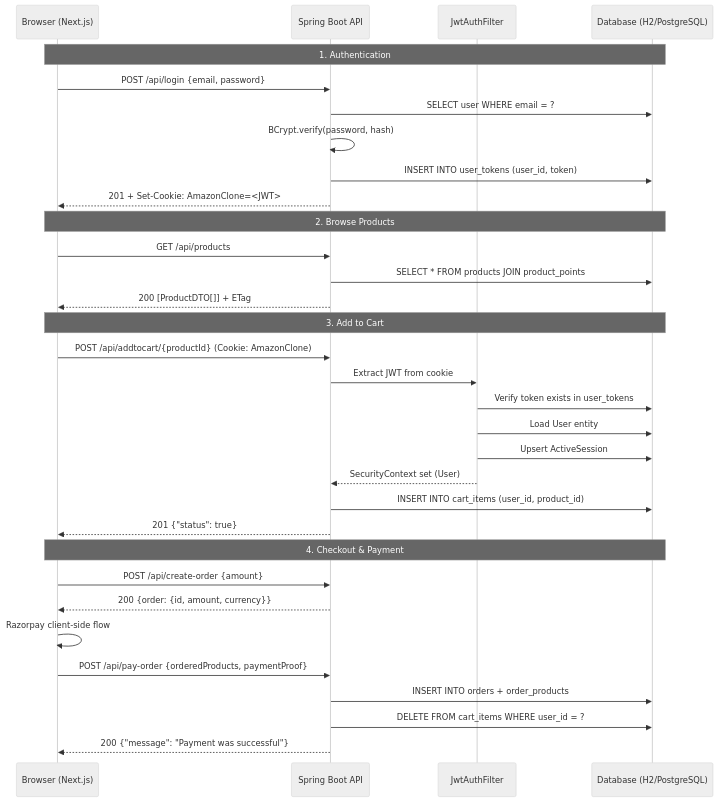
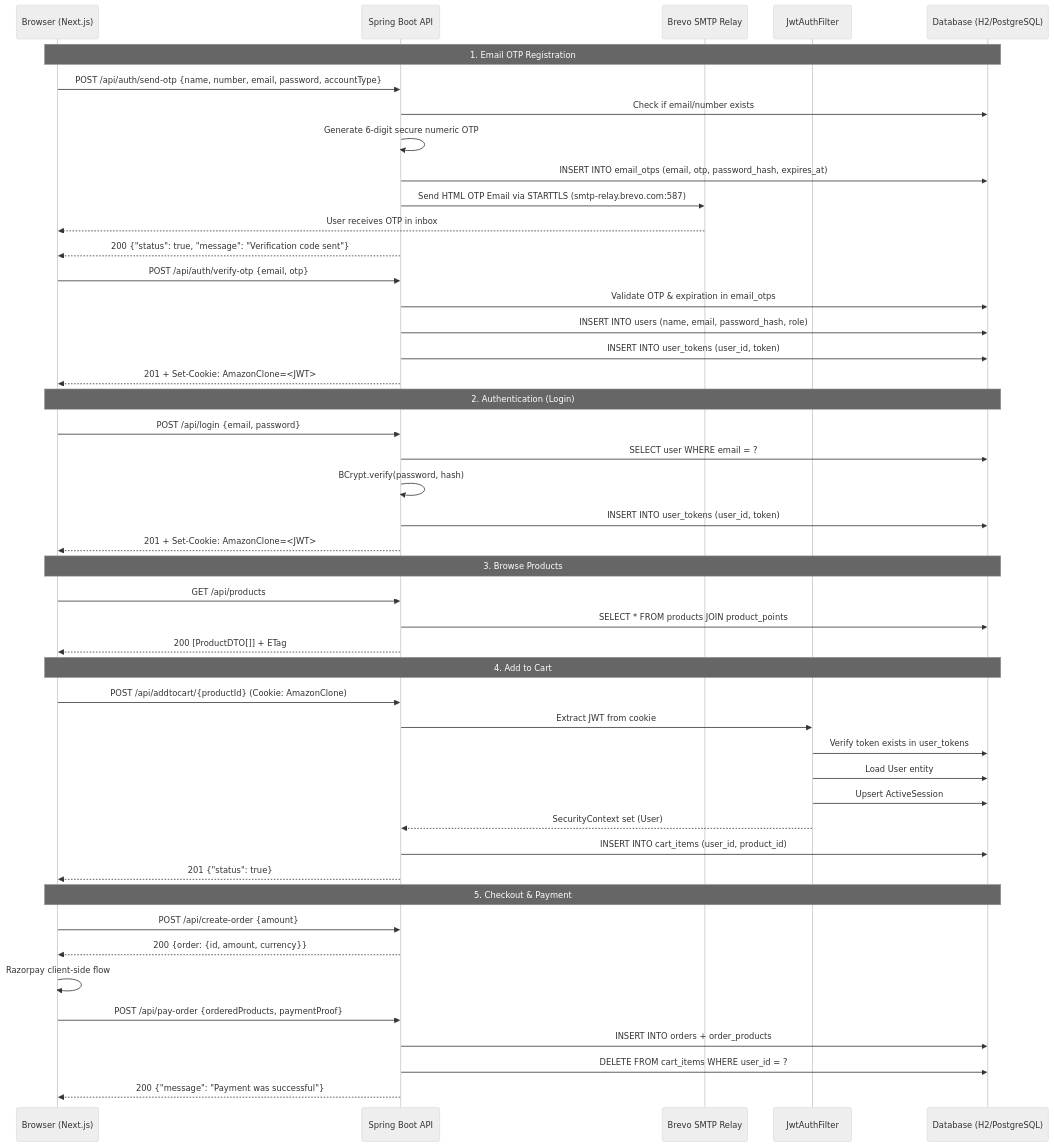
One commit to depaakpurohiit/Amazon-Clone-main changed the first of 2 diagrams in readmeop.md. Above: the diagram before and after it, drawn with Mermaid (neutral theme). The commit also changed other lines of this file and 15 other files, not shown here.

Commit message:
feat: add Brevo SMTP email OTP verification system, checkout delivery/GST calculations, and cart fixes

````diff
--- a/readmeop.md
+++ b/readmeop.md
@@ -171,38 +176,53 @@
 ```mermaid
 sequenceDiagram
     participant Browser as Browser (Next.js)
     participant API as Spring Boot API
+    participant Brevo as Brevo SMTP Relay
     participant Auth as JwtAuthFilter
     participant DB as Database (H2/PostgreSQL)
 
-    Note over Browser,DB: 1. Authentication
+    Note over Browser,DB: 1. Email OTP Registration
+    Browser->>API: POST /api/auth/send-otp {name, number, email, password, accountType}
+    API->>DB: Check if email/number exists
+    API->>API: Generate 6-digit secure numeric OTP
+    API->>DB: INSERT INTO email_otps (email, otp, password_hash, expires_at)
+    API->>Brevo: Send HTML OTP Email via STARTTLS (smtp-relay.brevo.com:587)
+    Brevo-->>Browser: User receives OTP in inbox
+    API-->>Browser: 200 {"status": true, "message": "Verification code sent"}
+    Browser->>API: POST /api/auth/verify-otp {email, otp}
+    API->>DB: Validate OTP & expiration in email_otps
+    API->>DB: INSERT INTO users (name, email, password_hash, role)
+    API->>DB: INSERT INTO user_tokens (user_id, token)
+    API-->>Browser: 201 + Set-Cookie: AmazonClone=<JWT>
+
+    Note over Browser,DB: 2. Authentication (Login)
     Browser->>API: POST /api/login {email, password}
     API->>DB: SELECT user WHERE email = ?
     API->>API: BCrypt.verify(password, hash)
     API->>DB: INSERT INTO user_tokens (user_id, token)
     API-->>Browser: 201 + Set-Cookie: AmazonClone=<JWT>
 
-    Note over Browser,DB: 2. Browse Products
+    Note over Browser,DB: 3. Browse Products
     Browser->>API: GET /api/products
     API->>DB: SELECT * FROM products JOIN product_points
     API-->>Browser: 200 [ProductDTO[]] + ETag
 
-    Note over Browser,DB: 3. Add to Cart
+    Note over Browser,DB: 4. Add to Cart
     Browser->>API: POST /api/addtocart/{productId} (Cookie: AmazonClone)
     API->>Auth: Extract JWT from cookie
     Auth->>DB: Verify token exists in user_tokens
     Auth->>DB: Load User entity
     Auth->>DB: Upsert ActiveSession
     Auth-->>API: SecurityContext set (User)
     API->>DB: INSERT INTO cart_items (user_id, product_id)
     API-->>Browser: 201 {"status": true}
 
-    Note over Browser,DB: 4. Checkout & Payment
+    Note over Browser,DB: 5. Checkout & Payment
     Browser->>API: POST /api/create-order {amount}
     API-->>Browser: 200 {order: {id, amount, currency}}
     Browser->>Browser: Razorpay client-side flow
     Browser->>API: POST /api/pay-order {orderedProducts, paymentProof}
     API->>DB: INSERT INTO orders + order_products
     API->>DB: DELETE FROM cart_items WHERE user_id = ?
     API-->>Browser: 200 {"message": "Payment was successful"}
 ```
````
